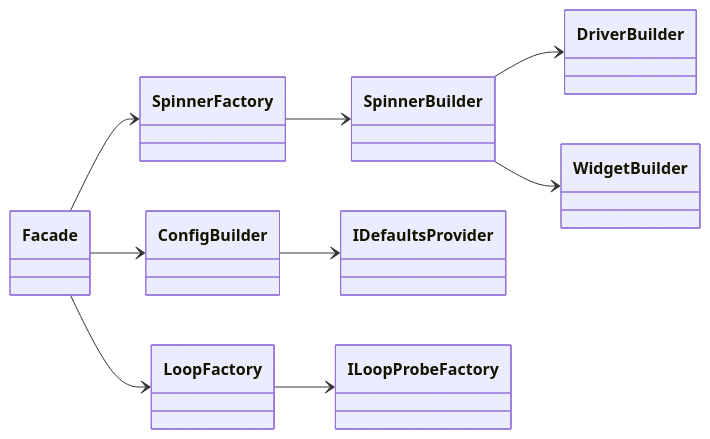
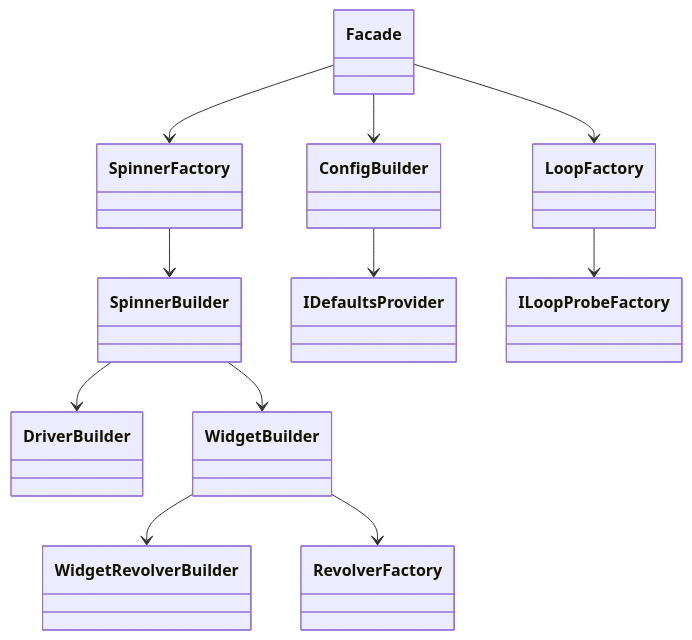
Before and after one commit to alecrabbit/php-console-spinner: the diagram in doc/info/hierarchy/services.md, drawn with Mermaid. The commit also changed 3 other files, not shown here.

````diff
--- a/doc/info/hierarchy/services.md
+++ b/doc/info/hierarchy/services.md
@@ -3,16 +3,20 @@
 ```mermaid
 classDiagram
-    direction LR
+    direction TB
     Facade --> SpinnerFactory
     Facade --> ConfigBuilder
     Facade --> LoopFactory
 
     SpinnerFactory --> SpinnerBuilder
 
     ConfigBuilder --> IDefaultsProvider
 
     LoopFactory --> ILoopProbeFactory
     
     SpinnerBuilder --> DriverBuilder
     SpinnerBuilder --> WidgetBuilder
+    
+    WidgetBuilder --> WidgetRevolverBuilder
+    WidgetBuilder --> RevolverFactory
+    
 ```
````
